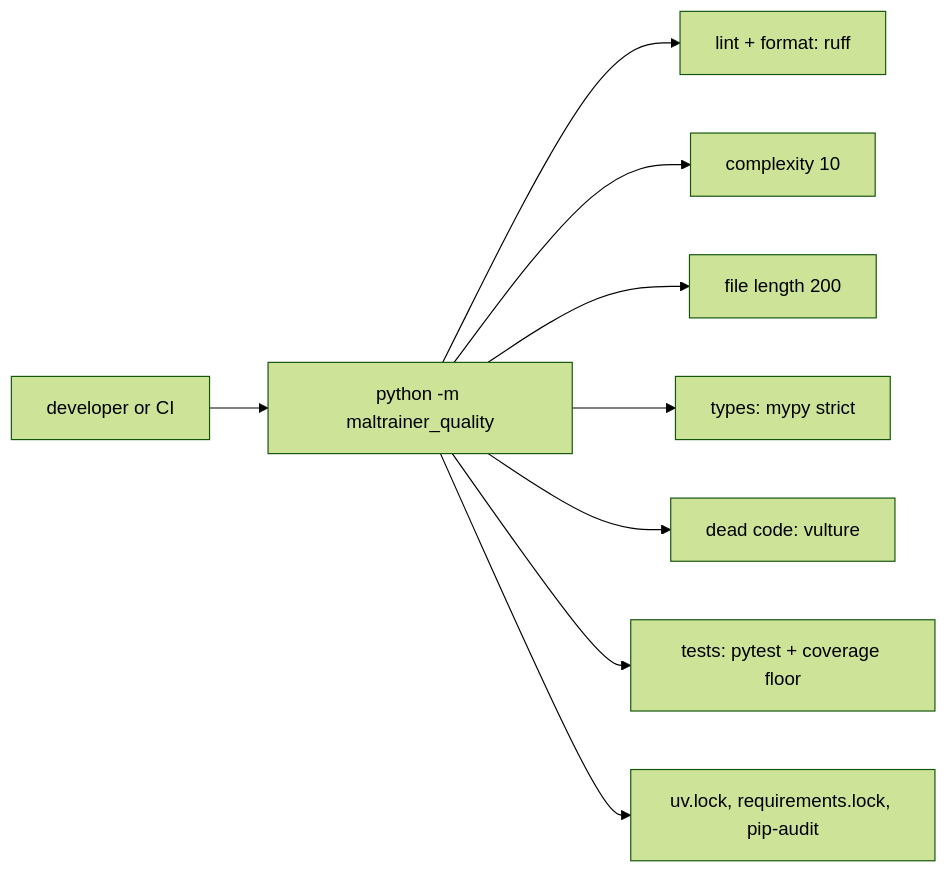
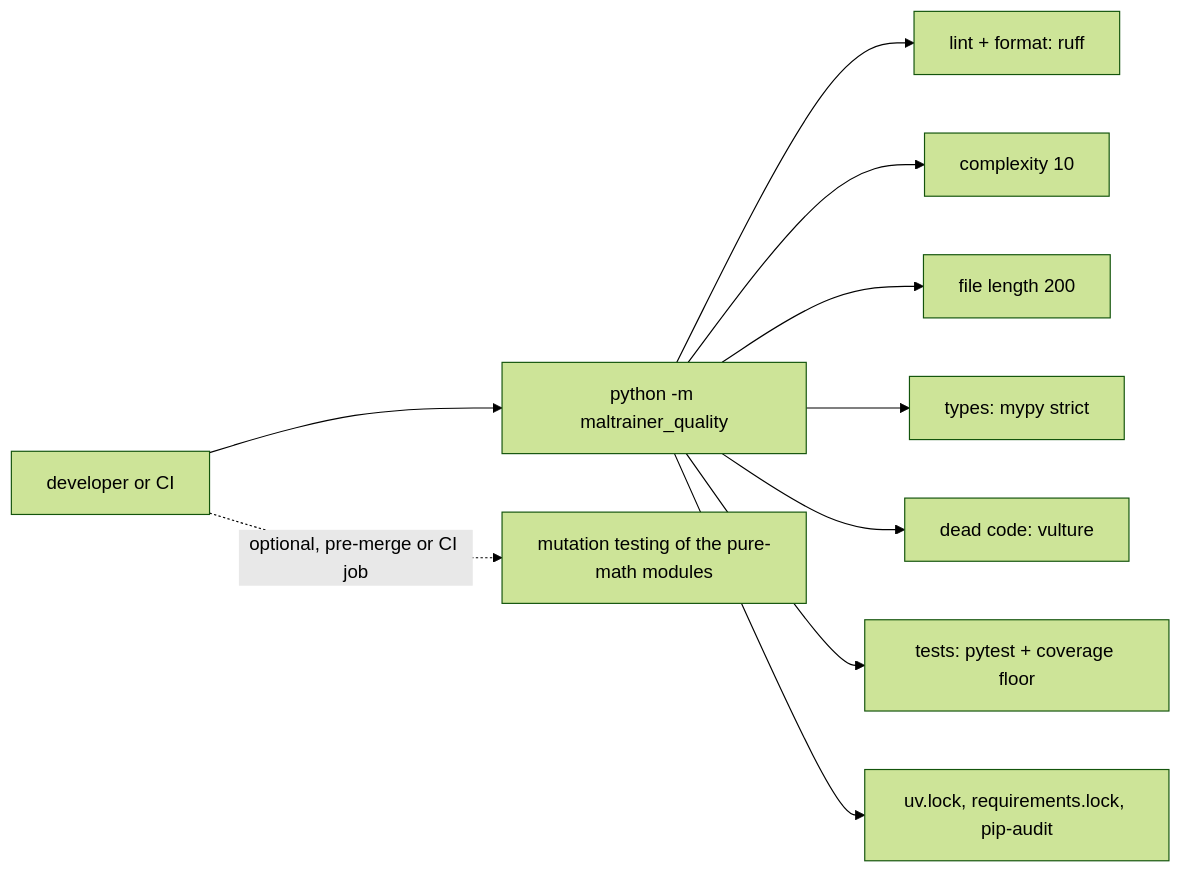
Diagram 13 of 13 in docs/architecture.md (malcolmamal/maltrainer), drawn with Mermaid (forest theme) before and after one commit. The commit also changed other lines of this file and 11 other files, not shown here.

First line of the commit message:
docs: Z-Image embedding marked deprecated (docs, README, a startup warning); stale paths and claims fixed; old plans marked historical; mutation testing in the architecture doc

````diff
--- a/docs/architecture.md
+++ b/docs/architecture.md
@@ -621,11 +625,12 @@
 ```mermaid
 flowchart LR
     dev[developer or CI] --> gate[python -m maltrainer_quality]
     gate --> ruff[lint + format: ruff]
     gate --> cx[complexity 10]
     gate --> len[file length 200]
     gate --> ty[types: mypy strict]
     gate --> vu[dead code: vulture]
     gate --> pt[tests: pytest + coverage floor]
     gate --> lk[uv.lock, requirements.lock, pip-audit]
+    dev -.->|optional, pre-merge or CI job| mut[mutation testing of the pure-math modules]
 ```
````
